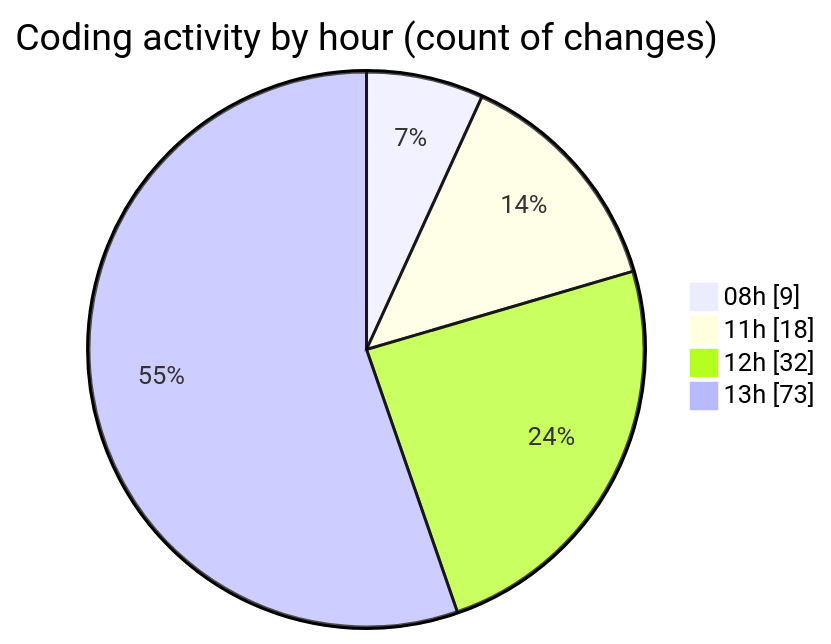
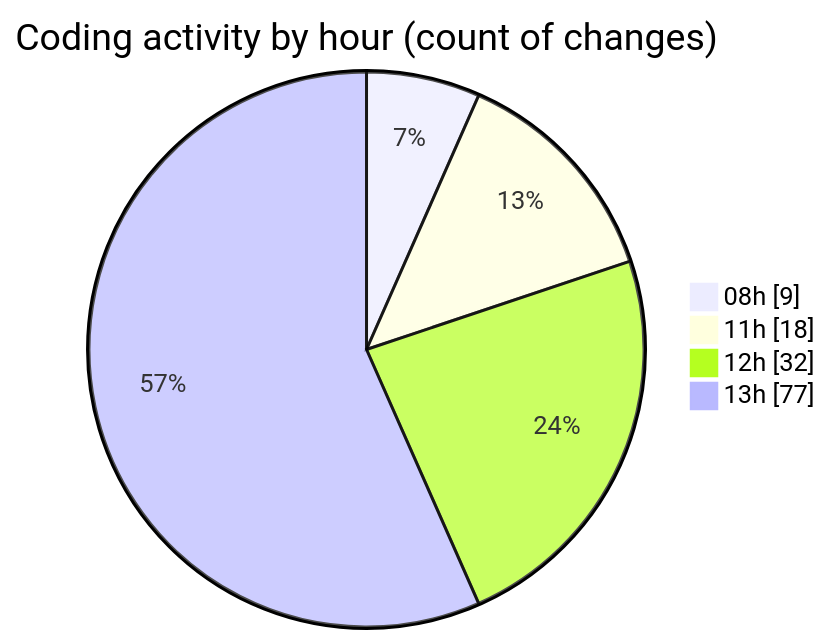
One commit to momahboobian/code-tracking changed the second of 2 diagrams in 2026-04-17/cda/README.md. Above: the diagram before and after it, drawn with Mermaid. The commit also changed other lines of this file and 1 other file, not shown here.

````diff
--- a/2026-04-17/cda/README.md
+++ b/2026-04-17/cda/README.md
@@ -61,8 +61,8 @@
 ```mermaid
 pie showData
 title Coding activity by hour (count of changes)
 "08h" : 9
 "11h" : 18
 "12h" : 32
-"13h" : 73
+"13h" : 77
 ```
````
